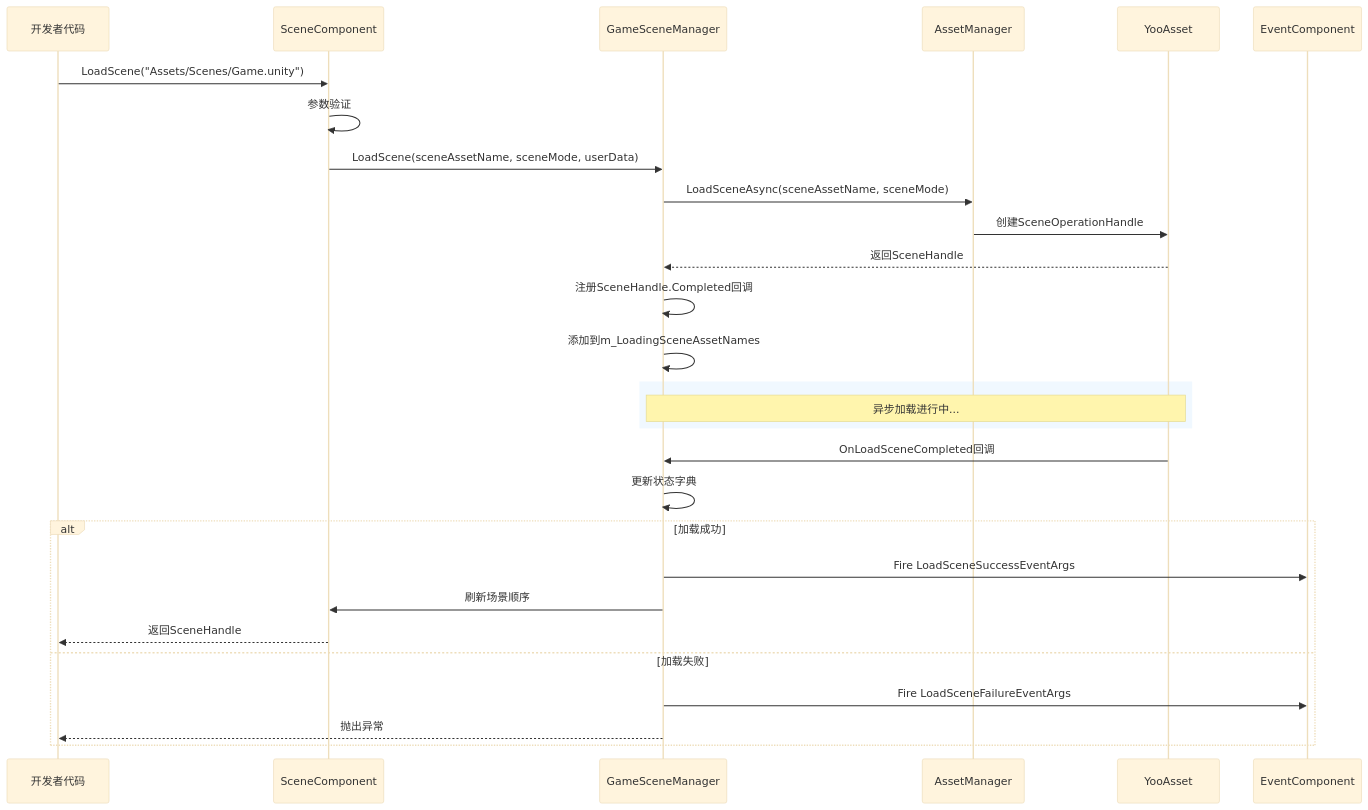
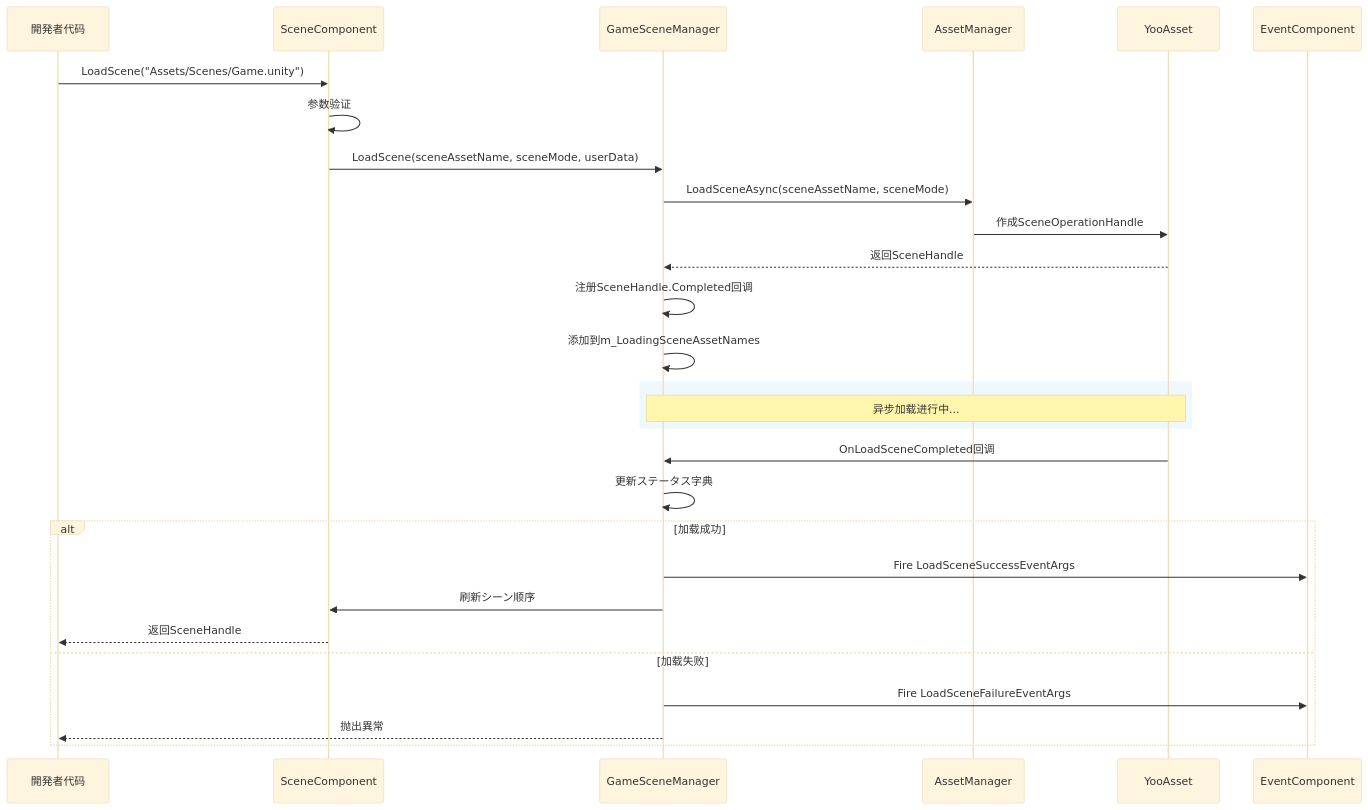
One commit to AlianBlank/GameFrameX.Docs changed the third of 3 diagrams in docs/ja/client/unity/component/scene/01.overview.md. Above: the diagram before and after it, drawn with Mermaid (base theme). The commit also changed other lines of this file and 603 other files, not shown here.

````diff
--- a/docs/ja/client/unity/component/scene/01.overview.md
+++ b/docs/ja/client/unity/component/scene/01.overview.md
@@ -128,35 +128,35 @@
 ```mermaid
 sequenceDiagram
-    participant Dev as 开发者代码
+    participant Dev as 開発者代码
     participant SC as SceneComponent
     participant GSM as GameSceneManager
     participant AM as AssetManager
     participant YA as YooAsset
     participant EC as EventComponent
 
     Dev->>SC: LoadScene("Assets/Scenes/Game.unity")
     SC->>SC: 参数验证
     SC->>GSM: LoadScene(sceneAssetName, sceneMode, userData)
     GSM->>AM: LoadSceneAsync(sceneAssetName, sceneMode)
-    AM->>YA: 创建SceneOperationHandle
+    AM->>YA: 作成SceneOperationHandle
     YA-->>GSM: 返回SceneHandle
     
     GSM->>GSM: 注册SceneHandle.Completed回调
     GSM->>GSM: 添加到m_LoadingSceneAssetNames
     
     rect rgb(240, 248, 255)
     Note over GSM,YA: 异步加载进行中...
     end
     
     YA->>GSM: OnLoadSceneCompleted回调
-    GSM->>GSM: 更新状态字典
+    GSM->>GSM: 更新ステータス字典
     
     alt 加载成功
         GSM->>EC: Fire LoadSceneSuccessEventArgs
-        GSM->>SC: 刷新场景顺序
+        GSM->>SC: 刷新シーン顺序
         SC-->>Dev: 返回SceneHandle
     else 加载失败
         GSM->>EC: Fire LoadSceneFailureEventArgs
-        GSM-->>Dev: 抛出异常
+        GSM-->>Dev: 抛出異常
     end
 ```
````
